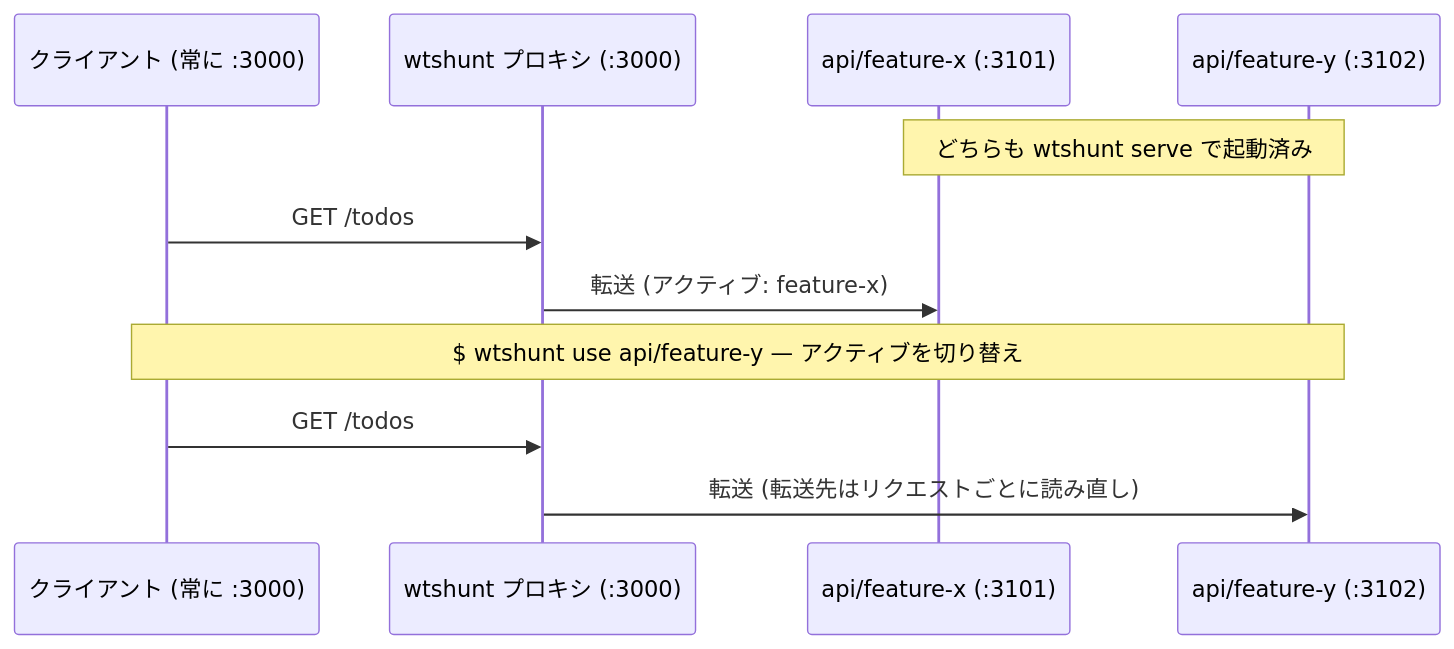
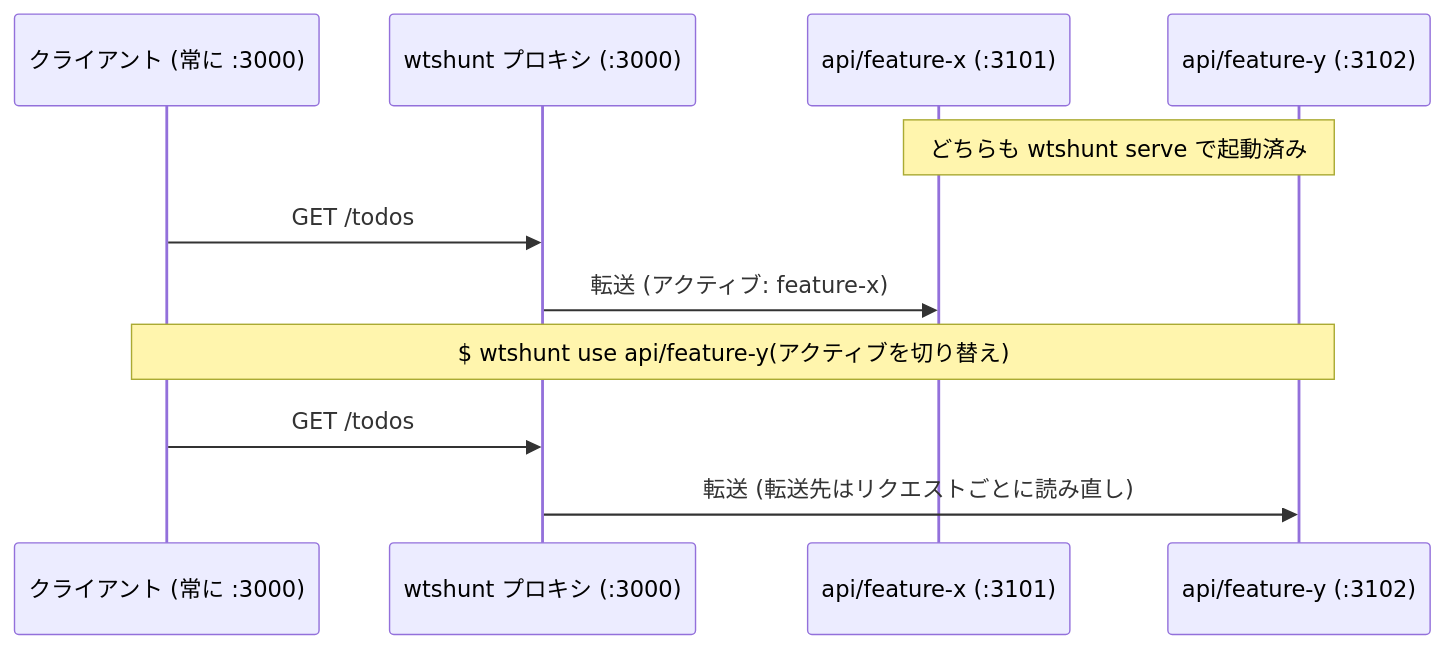
One commit to meganemura/portful changed the diagram in README.ja.md. Above: the diagram before and after it, drawn with Mermaid. The commit also changed other lines of this file and 1 other file, not shown here.

````diff
--- a/README.ja.md
+++ b/README.ja.md
@@ -70,13 +69,13 @@
 ```mermaid
 sequenceDiagram
     participant C as クライアント (常に :3000)
     participant P as wtshunt プロキシ (:3000)
     participant X as api/feature-x (:3101)
     participant Y as api/feature-y (:3102)
     Note over X,Y: どちらも wtshunt serve で起動済み
     C->>P: GET /todos
     P->>X: 転送 (アクティブ: feature-x)
-    Note over C,Y: $ wtshunt use api/feature-y — アクティブを切り替え
+    Note over C,Y: $ wtshunt use api/feature-y(アクティブを切り替え)
     C->>P: GET /todos
     P->>Y: 転送 (転送先はリクエストごとに読み直し)
 ```
````
